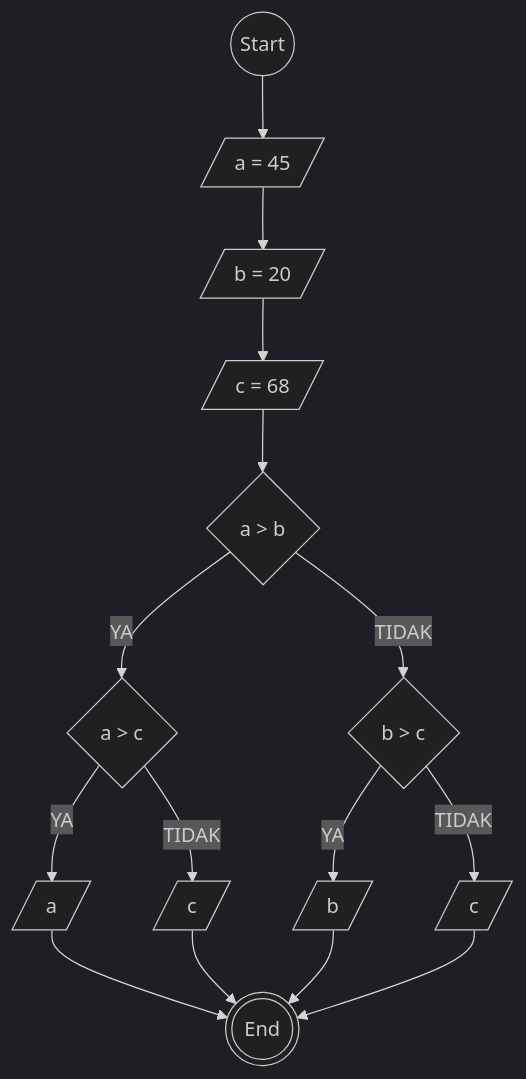
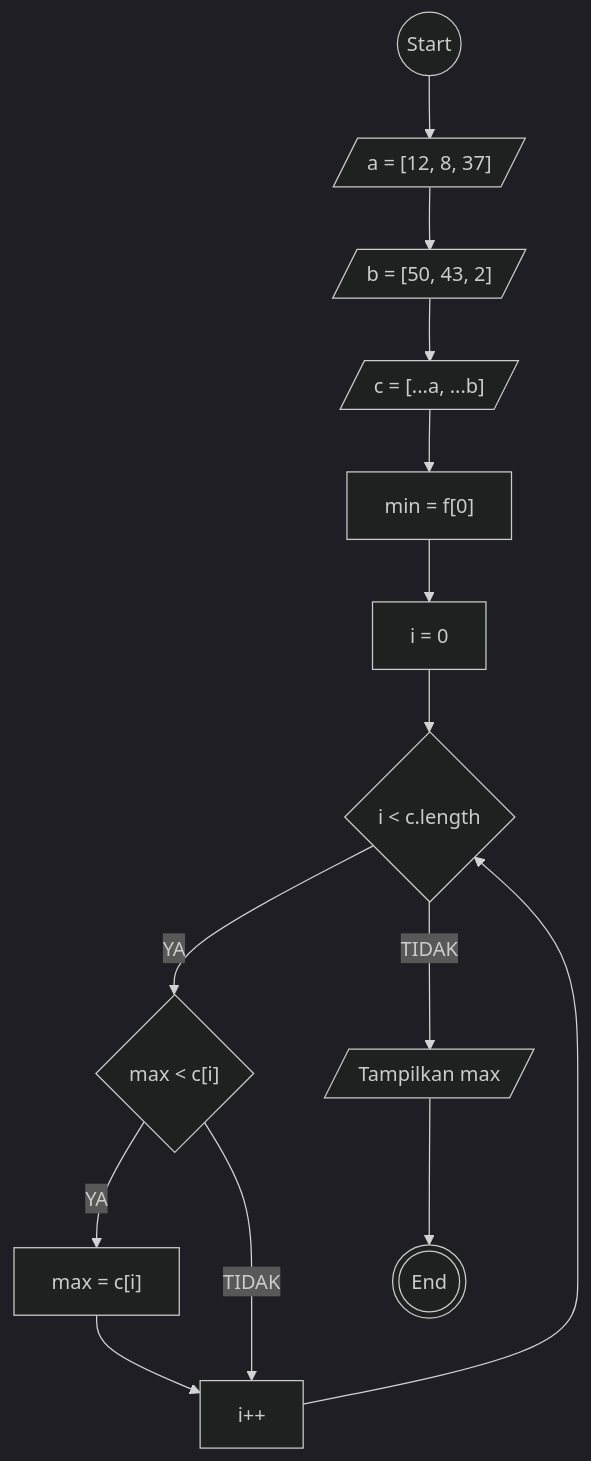
Before and after one commit to rizallk/koda-b1-javascript2: the first of 3 diagrams in koda-b1-javascript2-minitask1.md, drawn with Mermaid (dark theme). The commit also changed other lines of this file and 1 other file, not shown here.

````diff
--- a/koda-b1-javascript2-minitask1.md
+++ b/koda-b1-javascript2-minitask1.md
@@ -4,28 +4,24 @@
 ```mermaid
 flowchart TD
   start((Start))
-  a[/a = 45/]
-  b[/b = 20/]
-  c[/c = 68/]
-  if1{a > b}
-  if2{a > c}
-  out1[/a/]
-  out2[/c/]
-  if3{b > c}
-  out3[/b/]
-  out4[/c/]
+  a[/"a = [12, 8, 37]"/]
+  b[/"b = [50, 43, 2]"/]
+  c[/"c = [...a, ...b]"/]
+  maxInit["min = f[0]"]
+  init[i = 0]
+  for{i < c.length}
+  if{"max < c[i]"}
+  max["max = c[i]"]
+  inc[i++]
+  out[/Tampilkan max/]
   finish(((End)))
 
-  start --> a --> b --> c --> if1
-  if1 -- YA --> if2
-  if1 -- TIDAK --> if3
-  if2 -- YA --> out1
-  if2 -- TIDAK --> out2 
-  if3 -- YA --> out3
-  if3 -- TIDAK --> out4 
+  start --> a --> b --> c --> maxInit --> init --> for -- YA --> if
+  for -- TIDAK --> out
+  if -- YA --> max
+  if -- TIDAK --> inc
+  max --> inc
+  inc --> for
 
-  out1 --> finish
-  out2 --> finish
-  out3 --> finish
-  out4 --> finish
+  out --> finish
 ```
````
